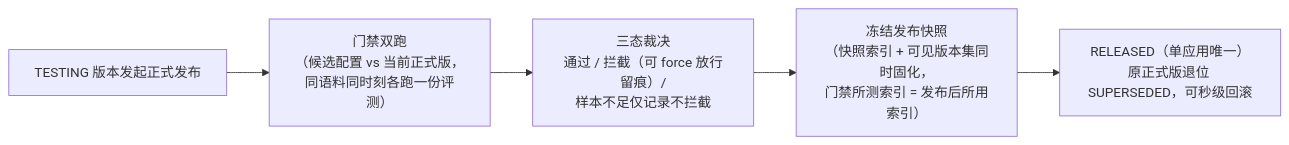
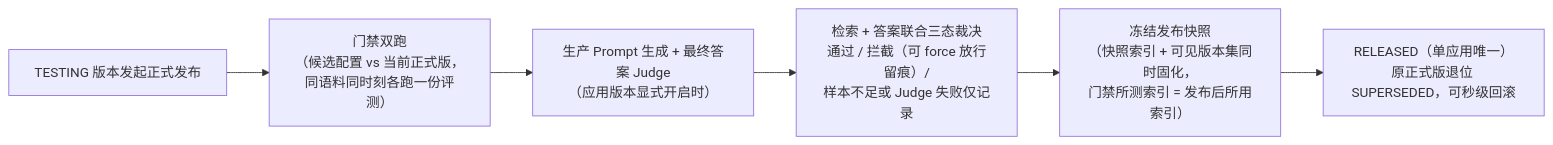
Before and after one commit to liulangjietou/kb-rag: the fourth of 6 diagrams in README.md, drawn with Mermaid. The commit also changed other lines of this file and 63 other files, not shown here.

````diff
--- a/README.md
+++ b/README.md
@@ -108,7 +108,8 @@
 ```mermaid
 flowchart LR
     T["TESTING 版本发起正式发布"] --> G["门禁双跑<br/>（候选配置 vs 当前正式版，<br/>同语料同时刻各跑一份评测）"]
-    G --> J["三态裁决<br/>通过 / 拦截（可 force 放行留痕）/<br/>样本不足仅记录不拦截"]
+    G --> A["生产 Prompt 生成 + 最终答案 Judge<br/>（应用版本显式开启时）"]
+    A --> J["检索 + 答案联合三态裁决<br/>通过 / 拦截（可 force 放行留痕）/<br/>样本不足或 Judge 失败仅记录"]
     J --> SN["冻结发布快照<br/>（快照索引 + 可见版本集同时固化，<br/>门禁所测索引 = 发布后所用索引）"]
     SN --> REL["RELEASED（单应用唯一）<br/>原正式版退位 SUPERSEDED，可秒级回滚"]
 ```
````
